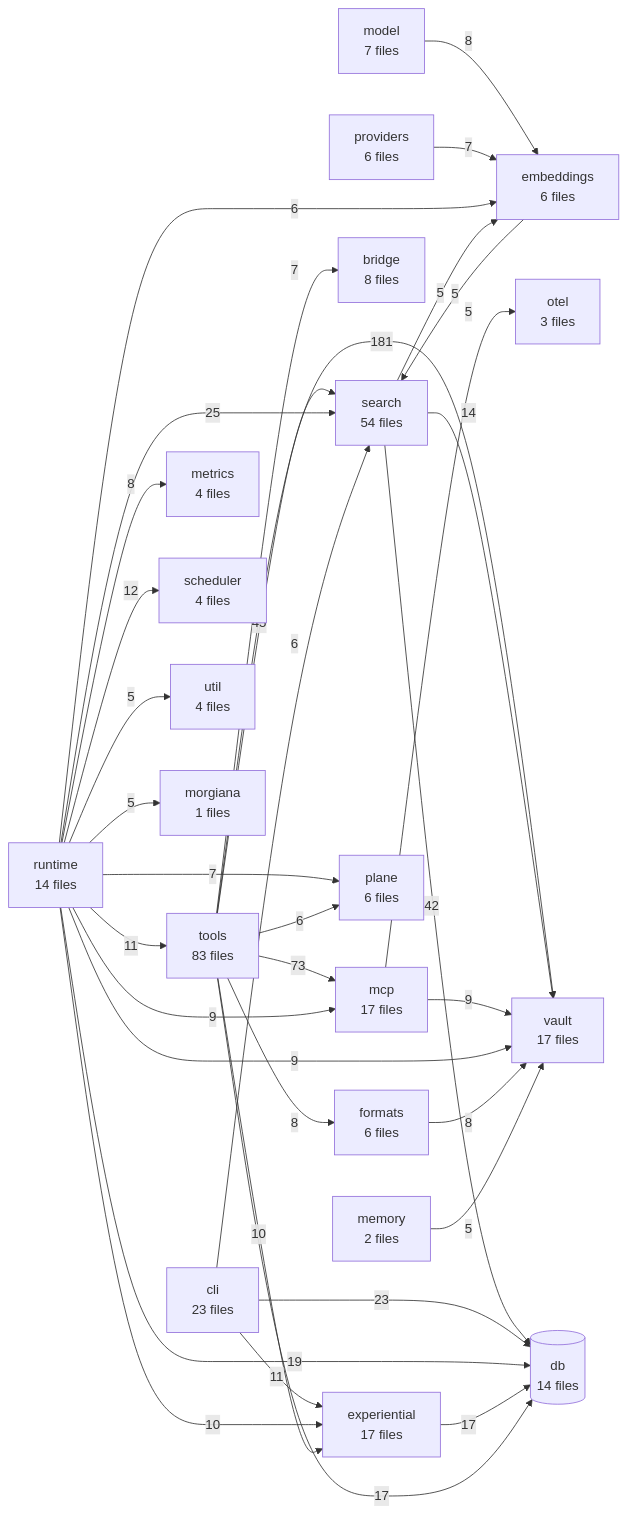
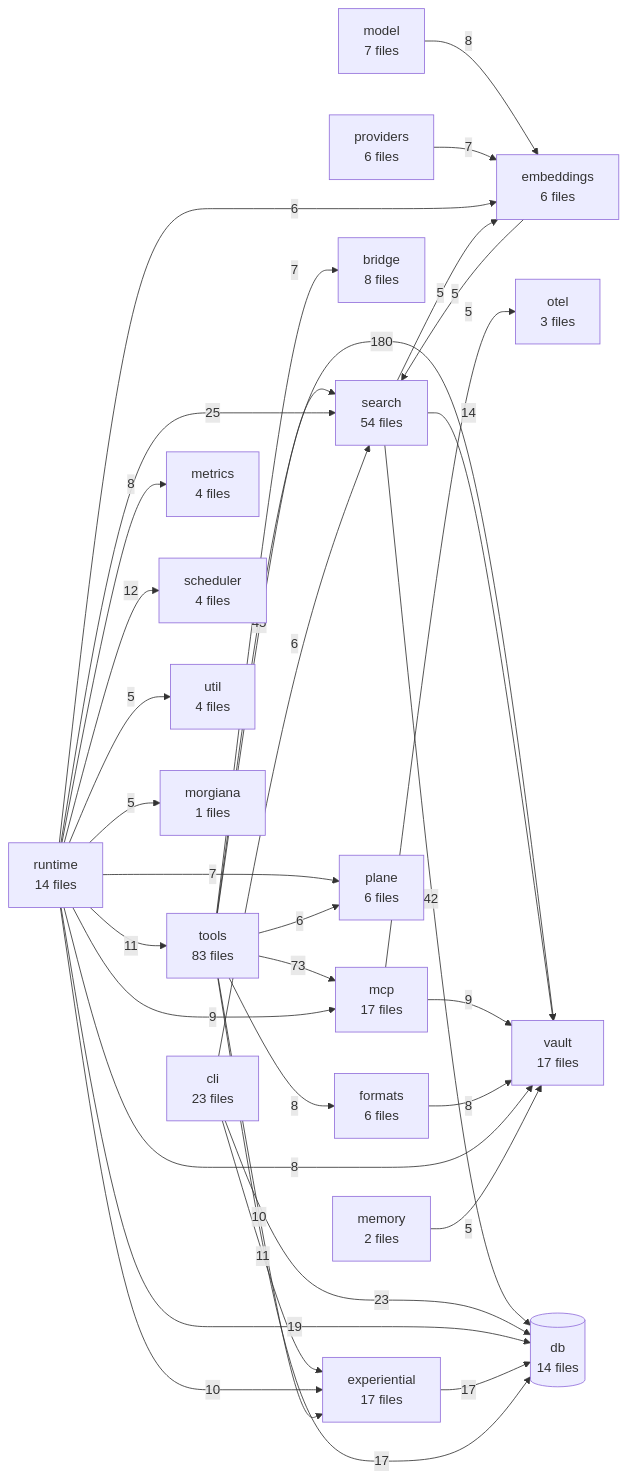
The diagram in TREE.md (The-40-Thieves/obsidian-tc), drawn with Mermaid before and after one commit. The commit also changed other lines of this file and 24 other files, not shown here.

````diff
--- a/TREE.md
+++ b/TREE.md
@@ -301,58 +301,58 @@
 ```mermaid
 flowchart LR
   tools[tools<br/>83 files]
   search[search<br/>54 files]
   cli[cli<br/>23 files]
   experiential[experiential<br/>17 files]
   mcp[mcp<br/>17 files]
   vault[vault<br/>17 files]
   db[(db<br/>14 files)]
   runtime[runtime<br/>14 files]
   bridge[bridge<br/>8 files]
   model[model<br/>7 files]
   embeddings[embeddings<br/>6 files]
   formats[formats<br/>6 files]
   plane[plane<br/>6 files]
   providers[providers<br/>6 files]
   metrics[metrics<br/>4 files]
   scheduler[scheduler<br/>4 files]
   util[util<br/>4 files]
   otel[otel<br/>3 files]
   memory[memory<br/>2 files]
   morgiana[morgiana<br/>1 files]
 
-  tools -->|181| vault
+  tools -->|180| vault
   tools -->|73| mcp
   tools -->|45| search
   search -->|42| db
   runtime -->|25| search
   cli -->|23| db
   runtime -->|19| db
   experiential -->|17| db
   tools -->|17| db
   search -->|14| vault
   runtime -->|12| scheduler
   cli -->|11| experiential
   runtime -->|11| tools
   runtime -->|10| experiential
   tools -->|10| experiential
   mcp -->|9| vault
-  runtime -->|9| vault
   runtime -->|9| mcp
   formats -->|8| vault
   model -->|8| embeddings
   runtime -->|8| metrics
+  runtime -->|8| vault
   tools -->|8| formats
   providers -->|7| embeddings
   runtime -->|7| plane
   tools -->|7| bridge
   cli -->|6| search
   runtime -->|6| embeddings
   tools -->|6| plane
   embeddings -->|5| search
   mcp -->|5| otel
   memory -->|5| vault
   runtime -->|5| util
   runtime -->|5| morgiana
   search -->|5| embeddings
 ```
````
